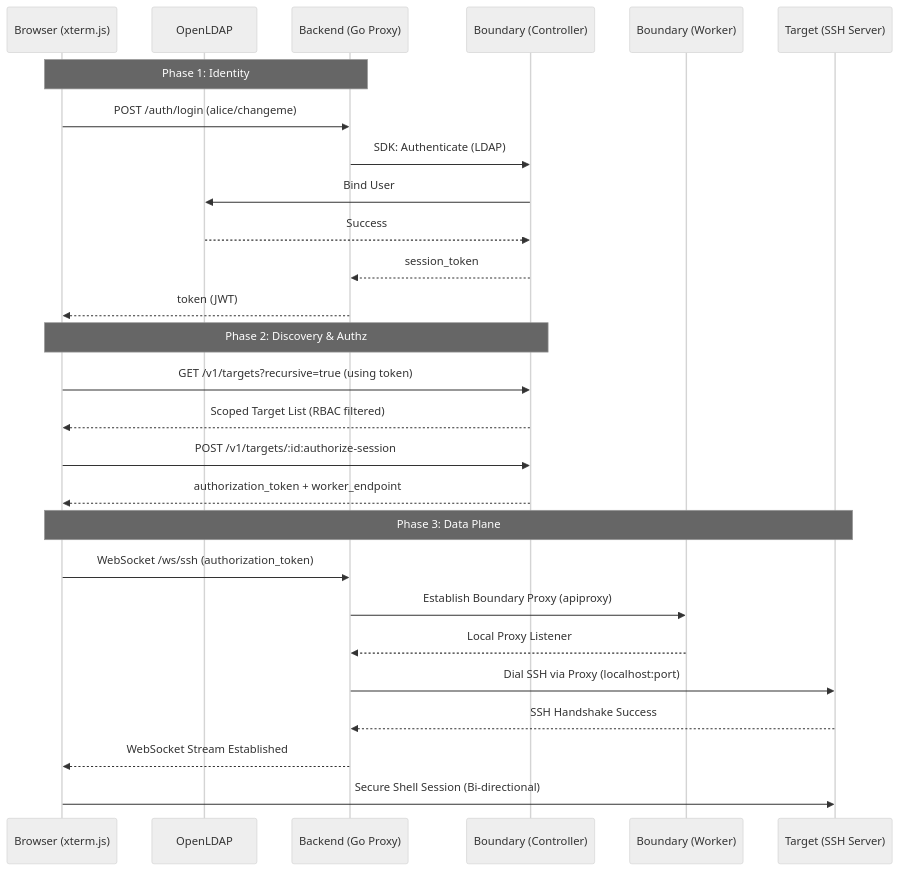
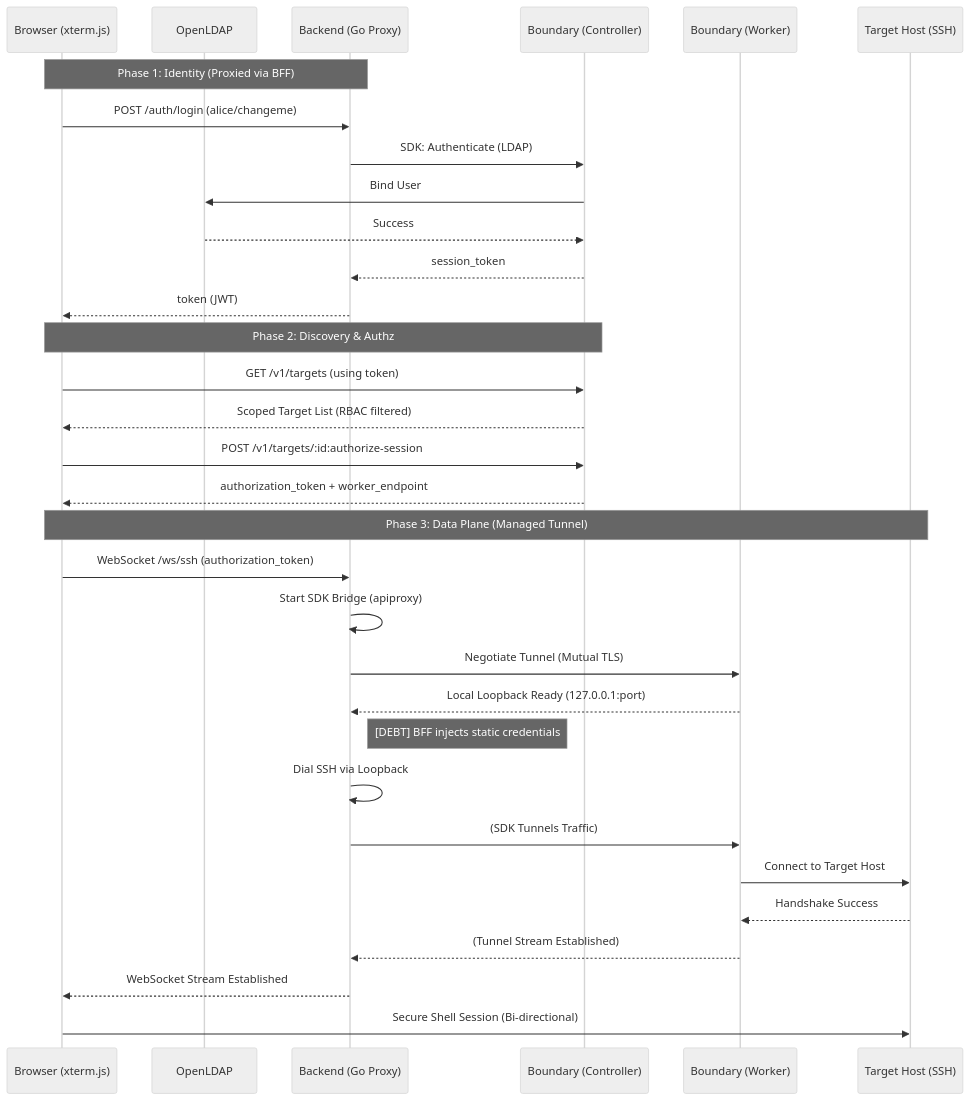
Before and after one commit to arsenyspb/comet-boundary: the second of 2 diagrams in README.md, drawn with Mermaid (neutral theme). The commit also changed 1 other file, not shown here.

Commit message:
NIT: diagram update

````diff
--- a/README.md
+++ b/README.md
@@ -62,32 +62,38 @@
 ```mermaid
 sequenceDiagram
     participant User as Browser (xterm.js)
     participant LDAP as OpenLDAP
     participant Back as Backend (Go Proxy)
     participant Bound as Boundary (Controller)
     participant Work as Boundary (Worker)
-    participant SSH as Target (SSH Server)
+    participant Host as Target Host (SSH)
 
-    Note over User,Back: Phase 1: Identity
+    Note over User,Back: Phase 1: Identity (Proxied via BFF)
     User->>Back: POST /auth/login (alice/changeme)
     Back->>Bound: SDK: Authenticate (LDAP)
     Bound->>LDAP: Bind User
     LDAP-->>Bound: Success
     Bound-->>Back: session_token
     Back-->>User: token (JWT)
 
     Note over User,Bound: Phase 2: Discovery & Authz
-    User->>Bound: GET /v1/targets?recursive=true (using token)
+    User->>Bound: GET /v1/targets (using token)
     Bound-->>User: Scoped Target List (RBAC filtered)
     User->>Bound: POST /v1/targets/:id:authorize-session
     Bound-->>User: authorization_token + worker_endpoint
 
-    Note over User,SSH: Phase 3: Data Plane
+    Note over User,Host: Phase 3: Data Plane (Managed Tunnel)
     User->>Back: WebSocket /ws/ssh (authorization_token)
-    Back->>Work: Establish Boundary Proxy (apiproxy)
-    Work-->>Back: Local Proxy Listener
-    Back->>SSH: Dial SSH via Proxy (localhost:port)
-    SSH-->>Back: SSH Handshake Success
+    Back->>Back: Start SDK Bridge (apiproxy)
+    Back->>Work: Negotiate Tunnel (Mutual TLS)
+    Work-->>Back: Local Loopback Ready (127.0.0.1:port)
+    
+    Note right of Back: [DEBT] BFF injects static credentials
+    Back->>Back: Dial SSH via Loopback
+    Back->>Work: (SDK Tunnels Traffic)
+    Work->>Host: Connect to Target Host
+    Host-->>Work: Handshake Success
+    Work-->>Back: (Tunnel Stream Established)
     Back-->>User: WebSocket Stream Established
-    User->>SSH: Secure Shell Session (Bi-directional)
+    User->>Host: Secure Shell Session (Bi-directional)
 ```
````
